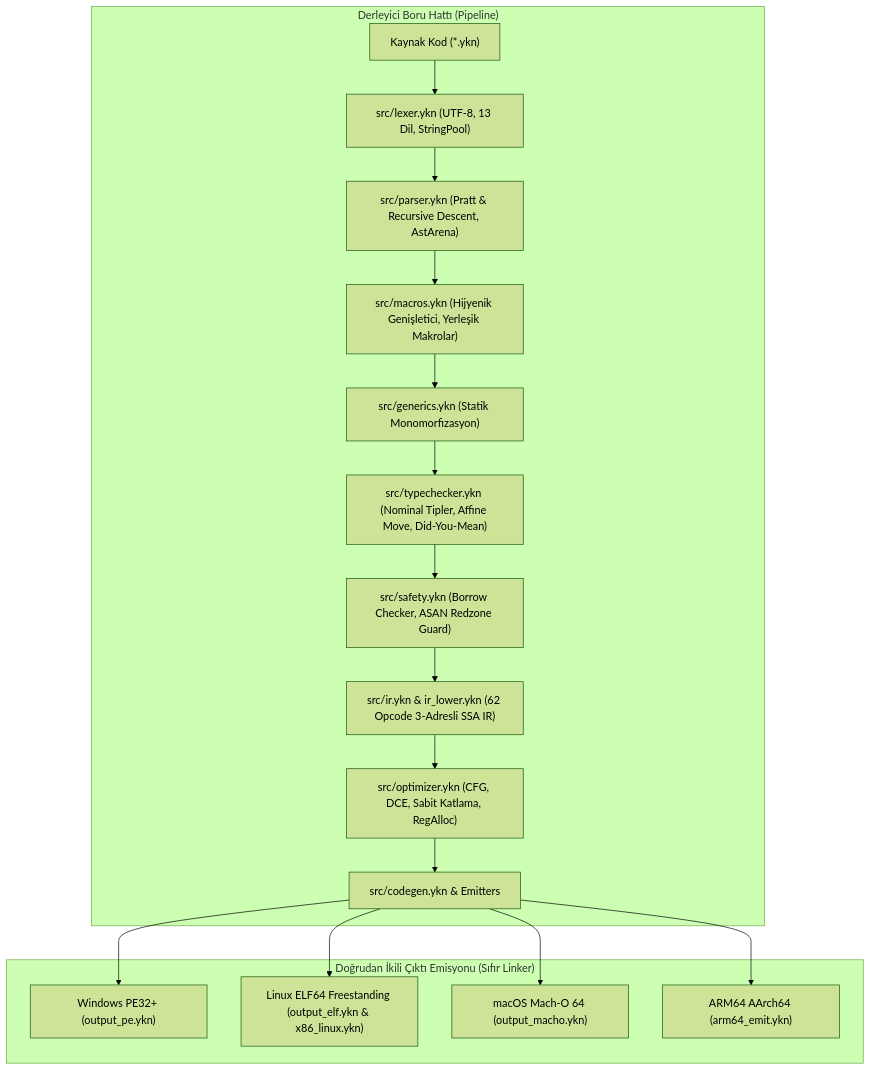
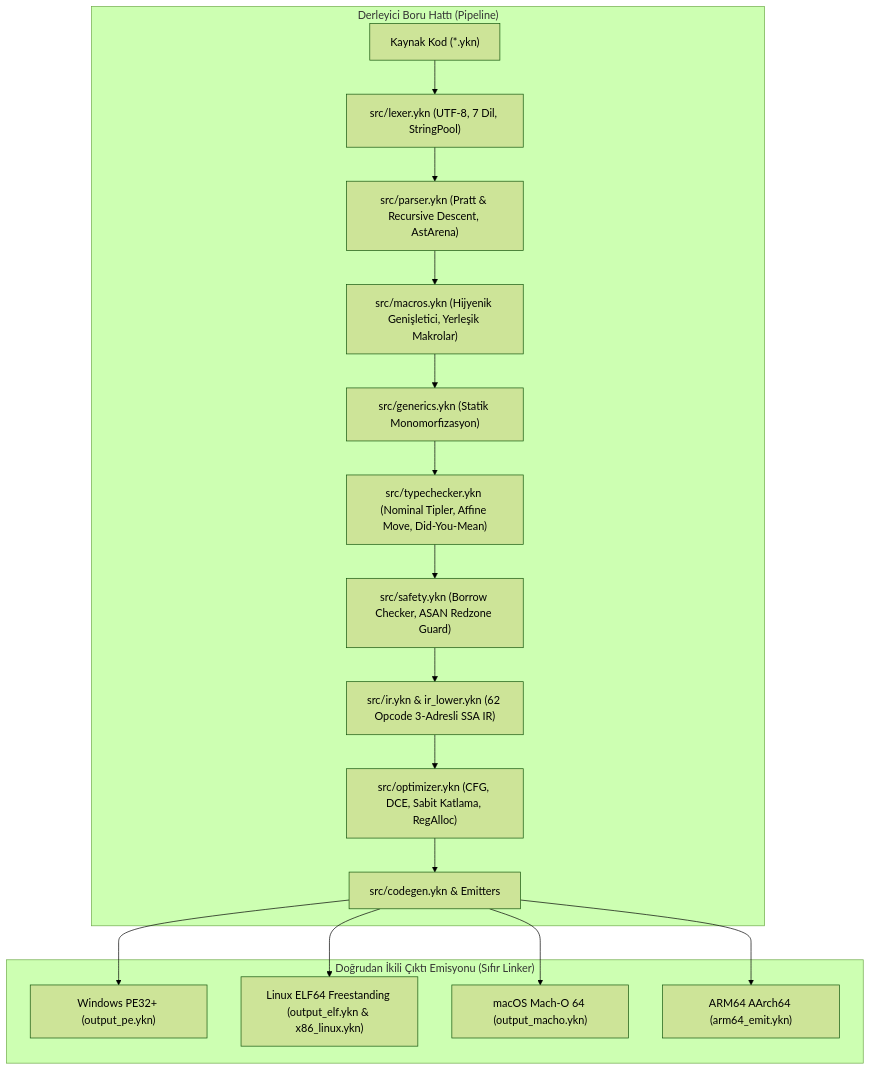
One commit to ykncode/yukinary changed the diagram in YUKINARY_SISTEM_ANALIZI_VE_OLGUNLUK_RAPORU.md. Above: the diagram before and after it, drawn with Mermaid (forest theme). The commit also changed other lines of this file and 3 other files, not shown here.

````diff
--- a/YUKINARY_SISTEM_ANALIZI_VE_OLGUNLUK_RAPORU.md
+++ b/YUKINARY_SISTEM_ANALIZI_VE_OLGUNLUK_RAPORU.md
@@ -20,21 +20,21 @@
 ```mermaid
 flowchart TD
     subgraph "Derleyici Boru Hattı (Pipeline)"
-        SRC["Kaynak Kod (*.ykn)"] --> LEX["src/lexer.ykn (UTF-8, 13 Dil, StringPool)"]
+        SRC["Kaynak Kod (*.ykn)"] --> LEX["src/lexer.ykn (UTF-8, 7 Dil, StringPool)"]
         LEX --> PAR["src/parser.ykn (Pratt & Recursive Descent, AstArena)"]
         PAR --> MAC["src/macros.ykn (Hijyenik Genişletici, Yerleşik Makrolar)"]
         MAC --> GEN["src/generics.ykn (Statik Monomorfizasyon)"]
         GEN --> TC["src/typechecker.ykn (Nominal Tipler, Affine Move, Did-You-Mean)"]
         TC --> SAF["src/safety.ykn (Borrow Checker, ASAN Redzone Guard)"]
         SAF --> IR["src/ir.ykn & ir_lower.ykn (62 Opcode 3-Adresli SSA IR)"]
         IR --> OPT["src/optimizer.ykn (CFG, DCE, Sabit Katlama, RegAlloc)"]
         OPT --> CG["src/codegen.ykn & Emitters"]
     end
 
     subgraph "Doğrudan İkili Çıktı Emisyonu (Sıfır Linker)"
         CG --> PE["Windows PE32+ (output_pe.ykn)"]
         CG --> ELF["Linux ELF64 Freestanding (output_elf.ykn & x86_linux.ykn)"]
         CG --> MAC_O["macOS Mach-O 64 (output_macho.ykn)"]
         CG --> ARM["ARM64 AArch64 (arm64_emit.ykn)"]
     end
 ```
````
